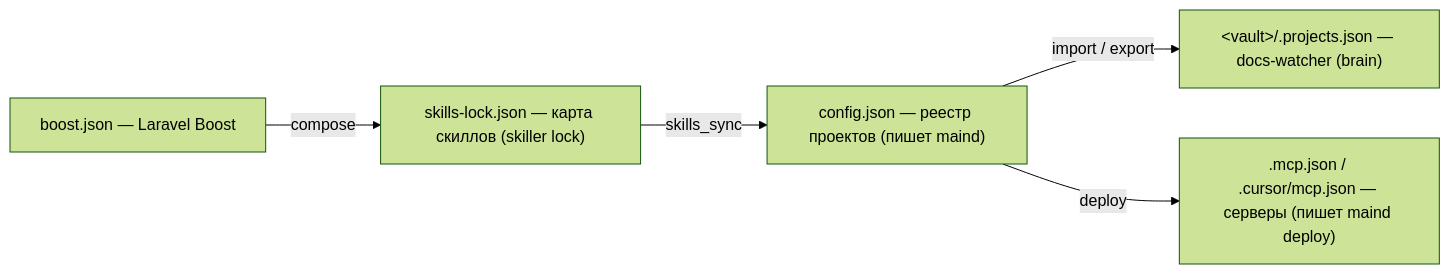
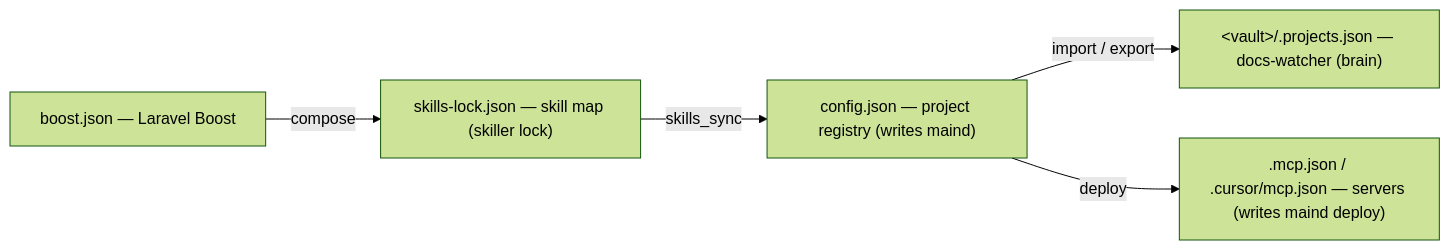
One commit to academici/swissknifeman changed the fifth of 6 diagrams in packages/maind/docs/ecosystem.md. Above: the diagram before and after it, drawn with Mermaid (forest theme). The commit also changed other lines of this file and 1553 other files, not shown here.

````diff
--- a/packages/maind/docs/ecosystem.md
+++ b/packages/maind/docs/ecosystem.md
@@ -118,12 +118,12 @@
 ```mermaid
 flowchart LR
-  MJ["config.json — реестр проектов (пишет maind)"]
+  MJ["config.json — project registry (writes maind)"]
   PJ["&lt;vault&gt;/.projects.json — docs-watcher (brain)"]
-  SL["skills-lock.json — карта скиллов (skiller lock)"]
+  SL["skills-lock.json — skill map (skiller lock)"]
   BJ["boost.json — Laravel Boost"]
-  MC[".mcp.json / .cursor/mcp.json — серверы (пишет maind deploy)"]
+  MC[".mcp.json / .cursor/mcp.json — servers (writes maind deploy)"]
   BJ -->|compose| SL
   SL -->|skills_sync| MJ
   MJ -->|import / export| PJ
   MJ -->|deploy| MC
 ```
````
